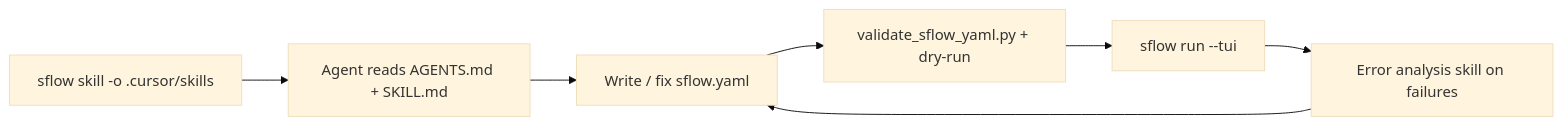
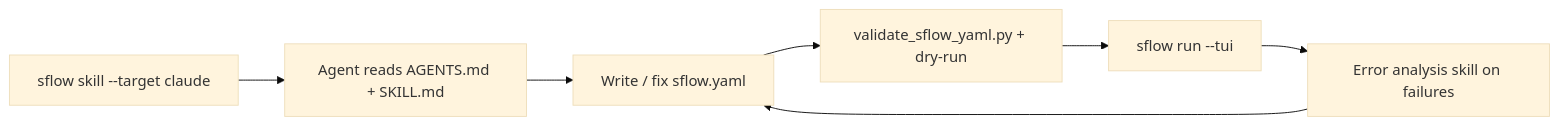
Before and after one commit to NVIDIA/nv-sflow: the diagram in docs-site/agents-src/intro.md, drawn with Mermaid (base theme). The commit also changed other lines of this file and 211 other files, not shown here.

````diff
--- a/docs-site/agents-src/intro.md
+++ b/docs-site/agents-src/intro.md
@@ -27,9 +27,9 @@
 ```mermaid
 flowchart LR
-  install["sflow skill -o .cursor/skills"] --> read["Agent reads AGENTS.md + SKILL.md"]
+  install["sflow skill --target claude"] --> read["Agent reads AGENTS.md + SKILL.md"]
   read --> write["Write / fix sflow.yaml"]
   write --> validate["validate_sflow_yaml.py + dry-run"]
   validate --> run["sflow run --tui"]
   run --> debug["Error analysis skill on failures"]
   debug --> write
 ```
````
